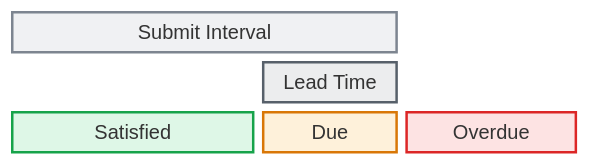
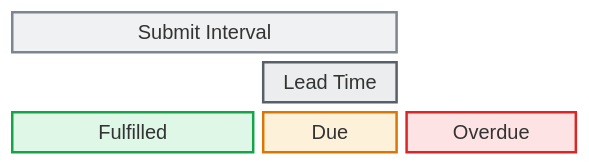
One commit to opus-safety/opus-knowledge-base changed the diagram in docs/drafts/intervals-and-lead-times.md. Above: the diagram before and after it, drawn with Mermaid.

Commit message:
Update intervals and lead times
Published via More Buttons Chrome Extension

````diff
--- a/docs/drafts/intervals-and-lead-times.md
+++ b/docs/drafts/intervals-and-lead-times.md
@@ -29,19 +29,19 @@
 ```mermaid
 block-beta
   columns 16
   i["Submit Interval"]:11 space:5
   space:7 l["Lead Time"]:4 space:5
-  s["Satisfied"]:7 d["Due"]:4 o["Overdue"]:5
+  s["Fulfilled"]:7 d["Due"]:4 o["Overdue"]:5
 
   classDef interval stroke:#7d8590,fill:#9ca3af26,color:#374151,stroke-width:2px;
   classDef lead stroke:#57606a,fill:#7d859026,color:#374151,stroke-width:2px;
-  classDef sat stroke:#16a34a,fill:#22c55e26,color:#14532d,stroke-width:2px;
+  classDef ful stroke:#16a34a,fill:#22c55e26,color:#14532d,stroke-width:2px;
   classDef due stroke:#d97706,fill:#f59e0b26,color:#78350f,stroke-width:2px;
   classDef over stroke:#dc2626,fill:#ef444426,color:#7f1d1d,stroke-width:2px;
 
   class i interval
   class l lead
-  class s sat
+  class s ful
   class d due
   class o over
 ```
````
